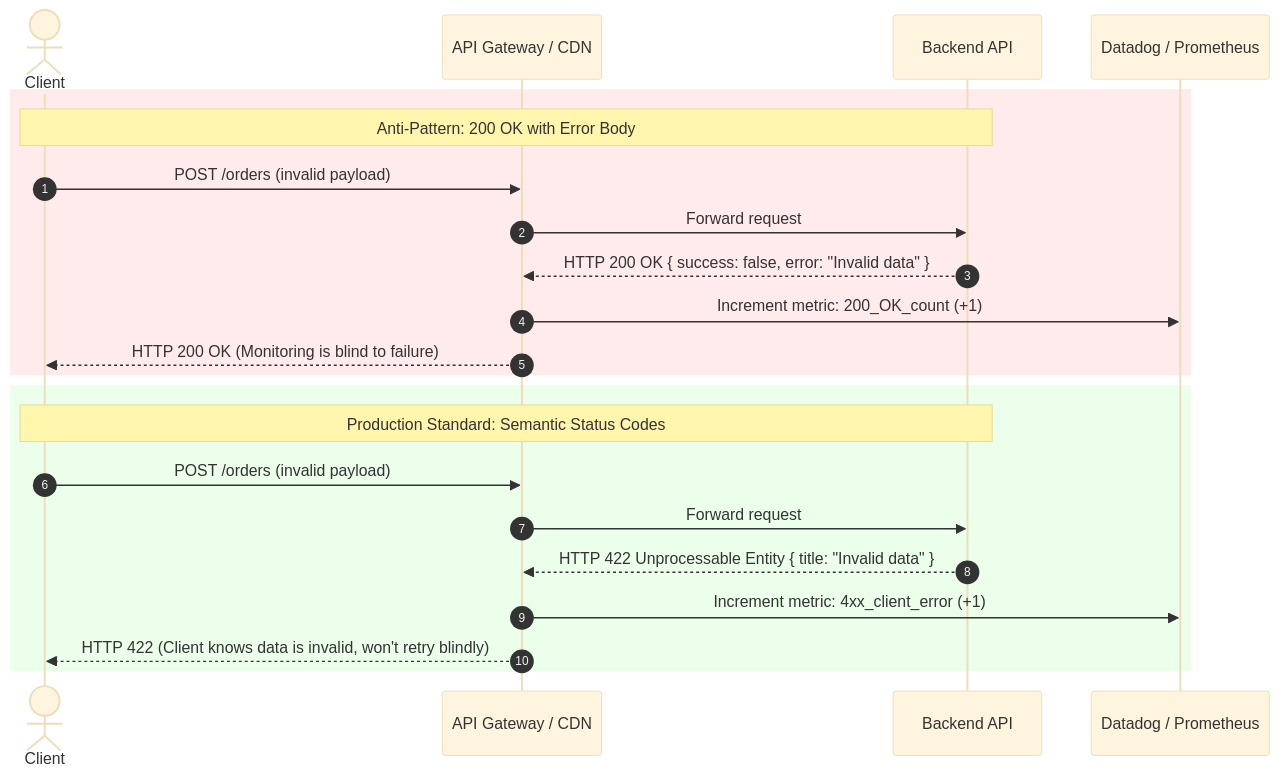
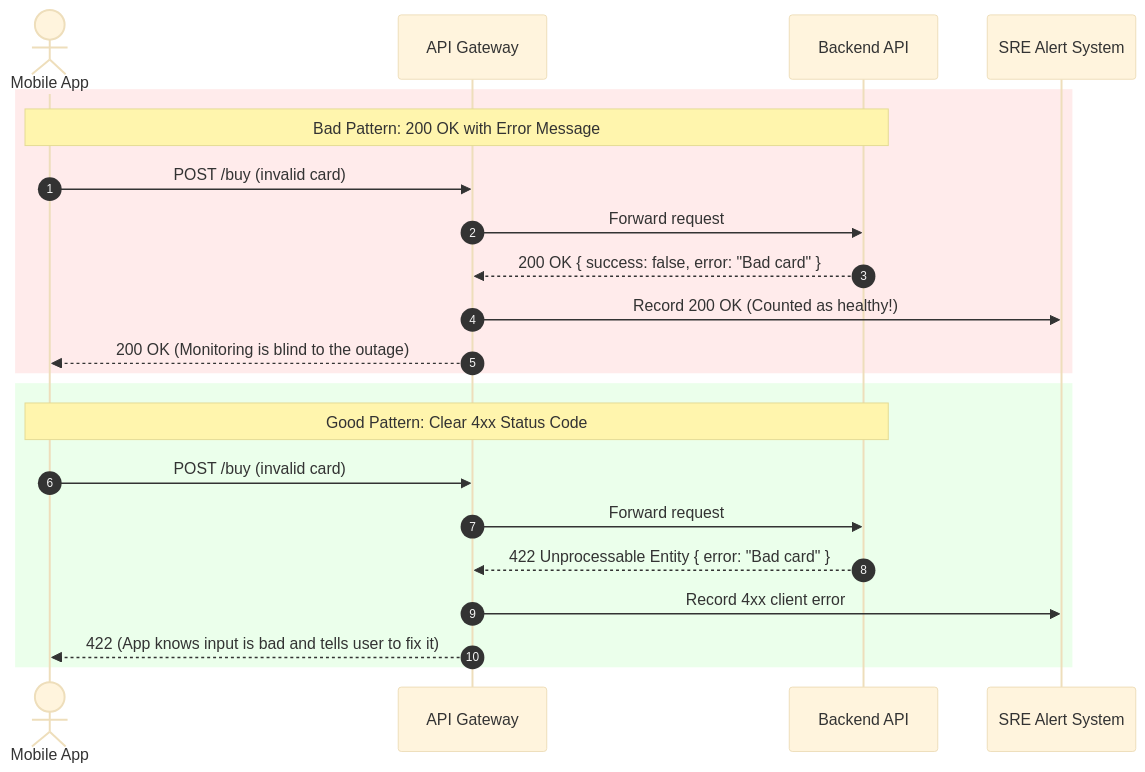
Before and after one commit to ihssmaheel-dev/what-breaks-in-prod: the diagram in docs/01-foundations/001-http-status-codes-and-error-semantics/README.md, drawn with Mermaid (base theme). The commit also changed other lines of this file, not shown here.

Commit message:
docs(001): simplify language for crystal-clear readability and direct explanations

````diff
--- a/docs/01-foundations/001-http-status-codes-and-error-semantics/README.md
+++ b/docs/01-foundations/001-http-status-codes-and-error-semantics/README.md
@@ -73,26 +72,26 @@
 ```mermaid
 sequenceDiagram
     autonumber
-    actor Client
-    participant Gateway as API Gateway / CDN
+    actor Client as Mobile App
+    participant Gateway as API Gateway
     participant Server as Backend API
-    participant Monitoring as Datadog / Prometheus
+    participant Alerts as SRE Alert System
 
     rect rgb(255, 235, 235)
-        Note over Client,Server: Anti-Pattern: 200 OK with Error Body
-        Client->>Gateway: POST /orders (invalid payload)
+        Note over Client,Server: Bad Pattern: 200 OK with Error Message
+        Client->>Gateway: POST /buy (invalid card)
         Gateway->>Server: Forward request
-        Server-->>Gateway: HTTP 200 OK { success: false, error: "Invalid data" }
-        Gateway->>Monitoring: Increment metric: 200_OK_count (+1)
-        Gateway-->>Client: HTTP 200 OK (Monitoring is blind to failure)
+        Server-->>Gateway: 200 OK { success: false, error: "Bad card" }
+        Gateway->>Alerts: Record 200 OK (Counted as healthy!)
+        Gateway-->>Client: 200 OK (Monitoring is blind to the outage)
     end
 
     rect rgb(235, 255, 235)
-        Note over Client,Server: Production Standard: Semantic Status Codes
-        Client->>Gateway: POST /orders (invalid payload)
+        Note over Client,Server: Good Pattern: Clear 4xx Status Code
+        Client->>Gateway: POST /buy (invalid card)
         Gateway->>Server: Forward request
-        Server-->>Gateway: HTTP 422 Unprocessable Entity { title: "Invalid data" }
-        Gateway->>Monitoring: Increment metric: 4xx_client_error (+1)
-        Gateway-->>Client: HTTP 422 (Client knows data is invalid, won't retry blindly)
+        Server-->>Gateway: 422 Unprocessable Entity { error: "Bad card" }
+        Gateway->>Alerts: Record 4xx client error
+        Gateway-->>Client: 422 (App knows input is bad and tells user to fix it)
     end
 ```
````
